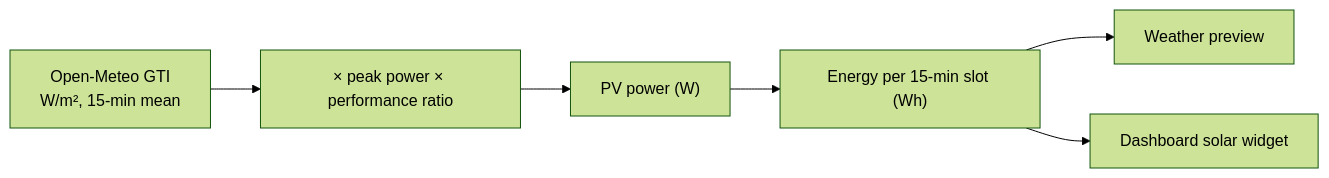
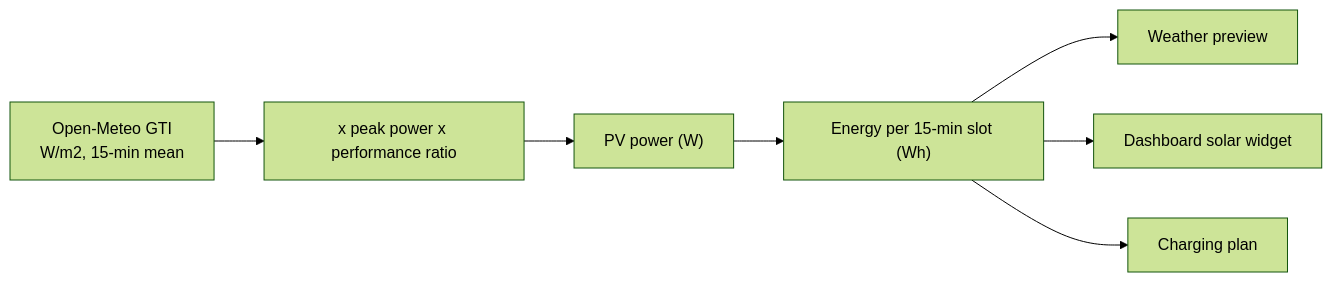
One commit to Gill-Bates/rct-manager changed the second of 2 diagrams in docs/energy-manager.md. Above: the diagram before and after it, drawn with Mermaid (forest theme). The commit also changed other lines of this file and 193 other files, not shown here.

````diff
--- a/docs/energy-manager.md
+++ b/docs/energy-manager.md
@@ -114,8 +182,9 @@
 ```mermaid
 flowchart LR
-    GTI["Open-Meteo GTI<br/>W/m², 15-min mean"] --> CONV["× peak power × performance ratio"]
+    GTI["Open-Meteo GTI<br/>W/m2, 15-min mean"] --> CONV["x peak power x performance ratio"]
     CONV --> PWR["PV power (W)"]
     PWR --> EN["Energy per 15-min slot (Wh)"]
     EN --> PREV[Weather preview]
     EN --> WIDGET[Dashboard solar widget]
+    EN --> PLAN[Charging plan]
 ```
````
